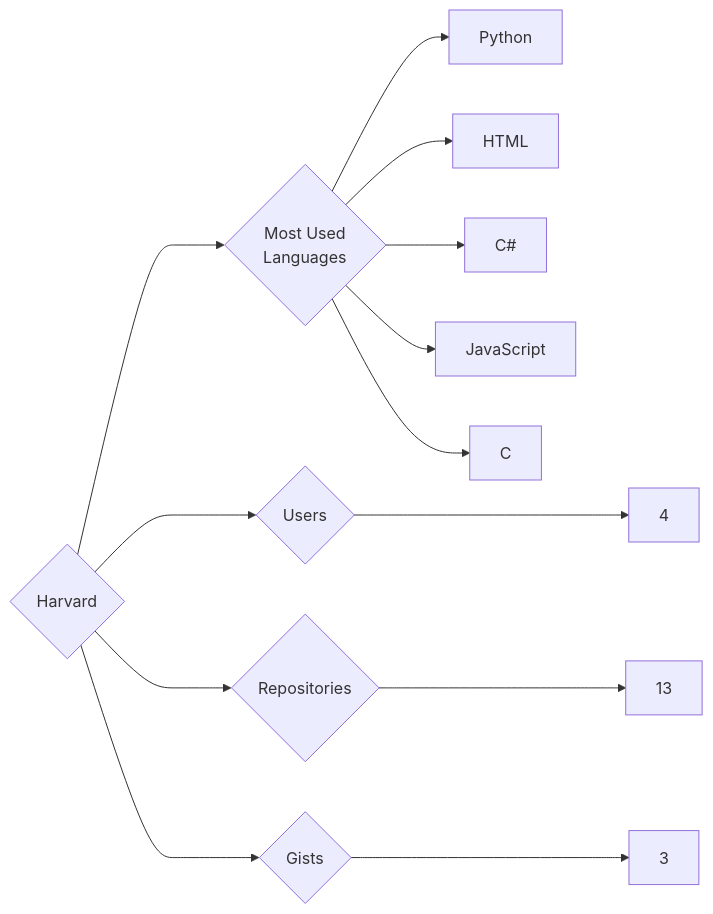
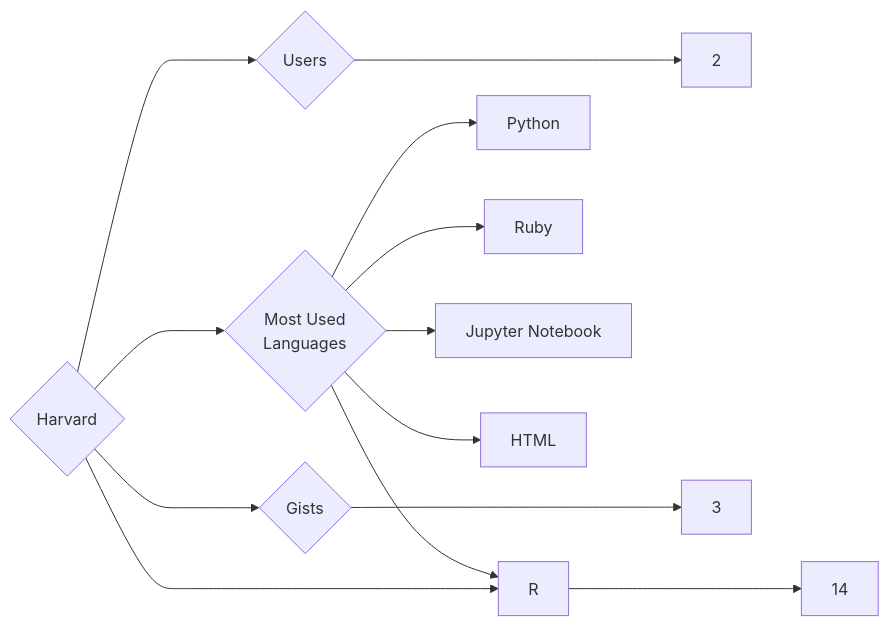
Before and after one commit to trickest/insiders: the diagram in targets/Harvard/README.md, drawn with Mermaid. The commit also changed 679 other files, not shown here.

````diff
--- a/targets/Harvard/README.md
+++ b/targets/Harvard/README.md
@@ -3,13 +3,13 @@
 ```mermaid
 graph LR
 COMPANY_NAME{Harvard}
-COMPANY_NAME ---> U{Users} ---> UN[4]
-COMPANY_NAME ---> R{Repositories} ---> RN[13]
+COMPANY_NAME ---> U{Users} ---> UN[2]
+COMPANY_NAME ---> R{Repositories} ---> RN[14]
 COMPANY_NAME ---> G{Gists} ---> GN[3]
 COMPANY_NAME ---> ML{Most Used<br>Languages}
 ML --> Python[Python]
+ML --> Ruby[Ruby]
+ML --> R[R]
+ML --> Jupyter_Notebook[Jupyter Notebook]
 ML --> HTML[HTML]
-ML --> C#[C#]
-ML --> JavaScript[JavaScript]
-ML --> C[C]
 ```
````
